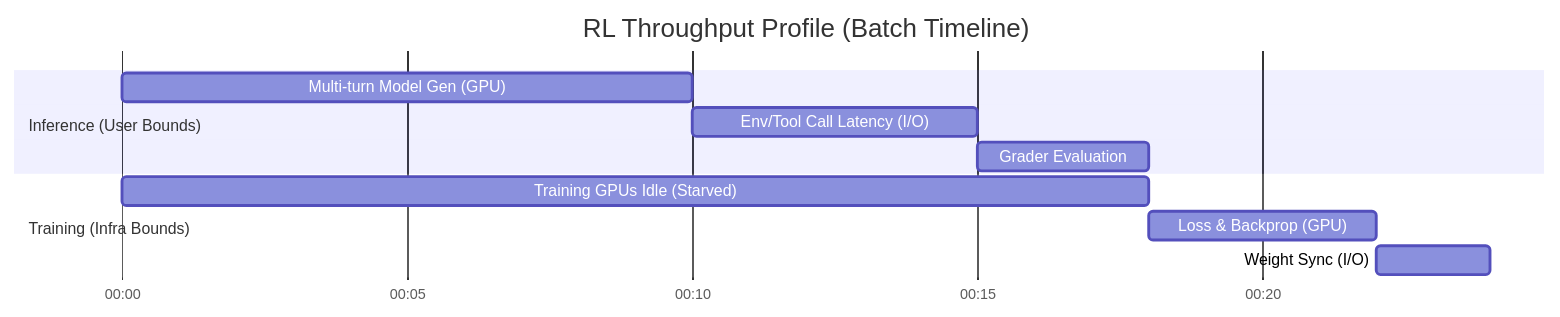
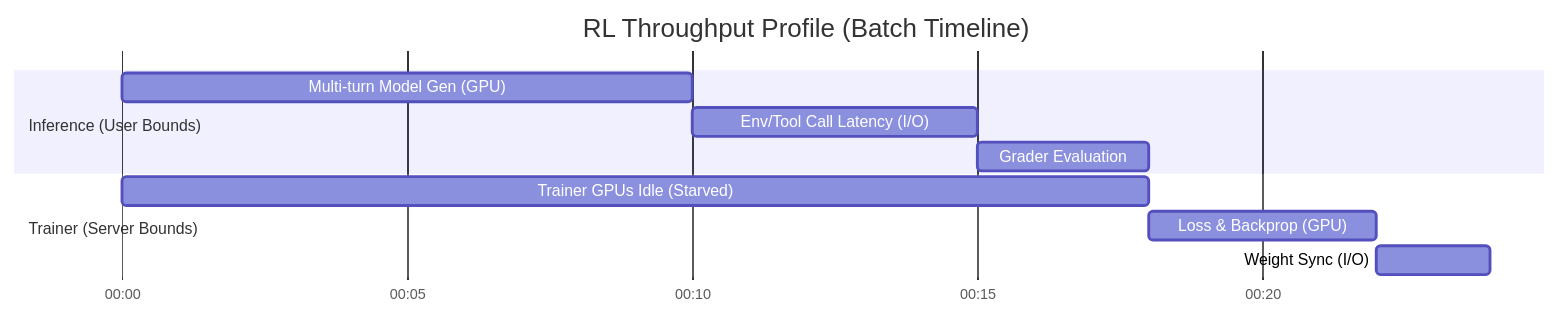
Before and after one commit to droot/RL101: the diagram in rl_throughput_bottlenecks.mmd, drawn with Mermaid. The commit also changed 6 other files, not shown here.

```diff
--- a/rl_throughput_bottlenecks.mmd
+++ b/rl_throughput_bottlenecks.mmd
@@ -1,14 +1,14 @@
 gantt
     title RL Throughput Profile (Batch Timeline)
     dateFormat  YYYY-MM-DD HH:mm:ss
     axisFormat  %M:%S
     
     section Inference (User Bounds)
     Multi-turn Model Gen (GPU)        :a1, 2024-01-01 00:00:00, 10s
     Env/Tool Call Latency (I/O)       :a2, after a1, 5s
     Grader Evaluation                 :a3, after a2, 3s
     
-    section Training (Infra Bounds)
-    Training GPUs Idle (Starved)      :b1, 2024-01-01 00:00:00, 18s
+    section Trainer (Server Bounds)
+    Trainer GPUs Idle (Starved)       :b1, 2024-01-01 00:00:00, 18s
     Loss & Backprop (GPU)             :b2, after b1, 4s
     Weight Sync (I/O)                 :b3, after b2, 2s
```
